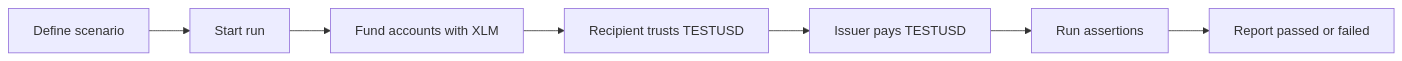
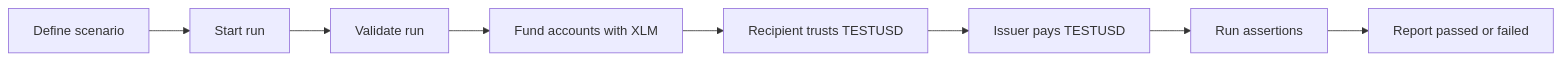
Before and after one commit to Esureorg/Esure-docs: the diagram in LIFECYCLE_ISSUED_ASSET_PAYMENT.md, drawn with Mermaid. The commit also changed other lines of this file, not shown here.

````diff
--- a/LIFECYCLE_ISSUED_ASSET_PAYMENT.md
+++ b/LIFECYCLE_ISSUED_ASSET_PAYMENT.md
@@ -14,9 +17,10 @@
 ```mermaid
 flowchart LR
   A[Define scenario] --> B[Start run]
-  B --> C[Fund accounts with XLM]
-  C --> D[Recipient trusts TESTUSD]
-  D --> E[Issuer pays TESTUSD]
-  E --> F[Run assertions]
-  F --> G[Report passed or failed]
+  B --> C[Validate run]
+  C --> D[Fund accounts with XLM]
+  D --> E[Recipient trusts TESTUSD]
+  E --> F[Issuer pays TESTUSD]
+  F --> G[Run assertions]
+  G --> H[Report passed or failed]
 ```
````
